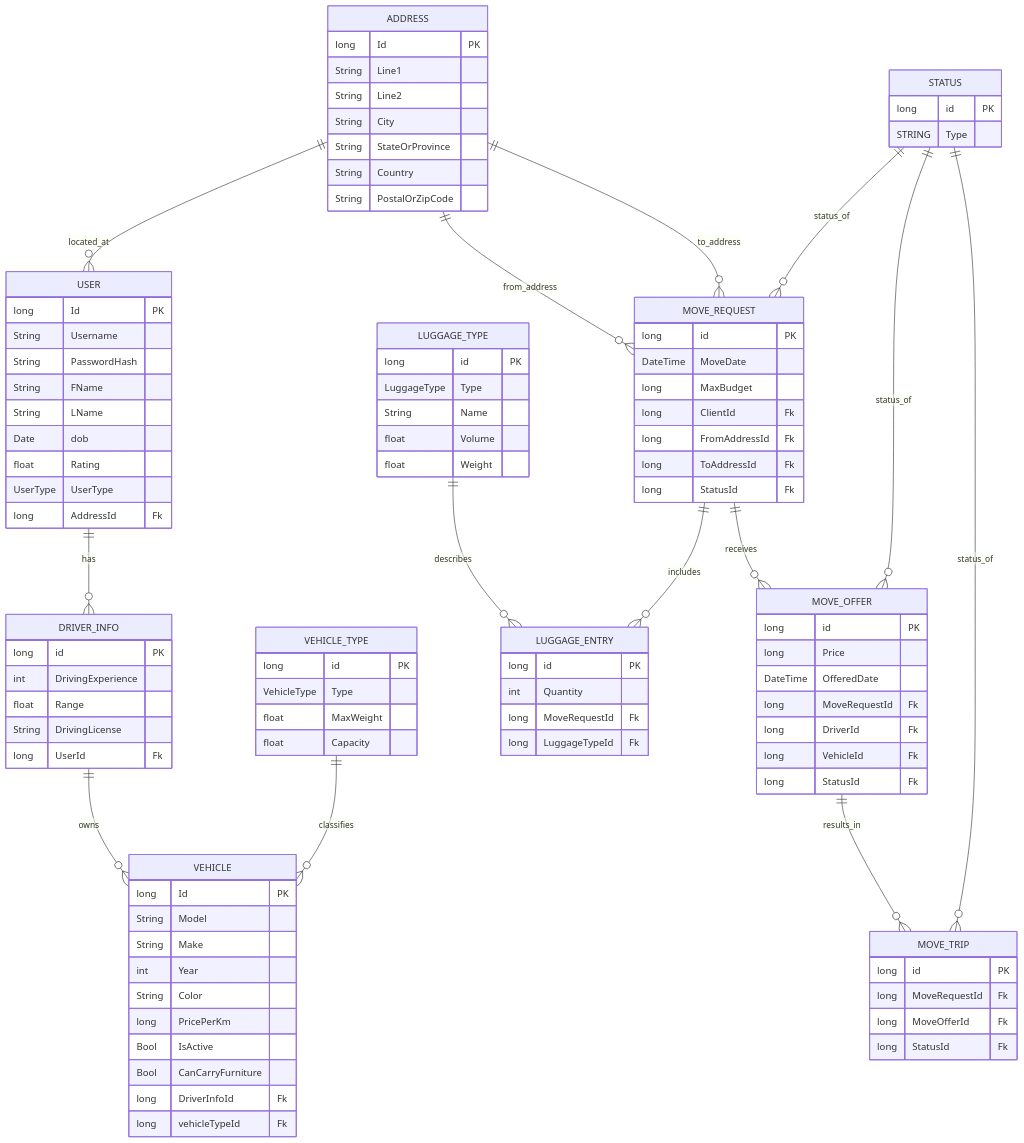
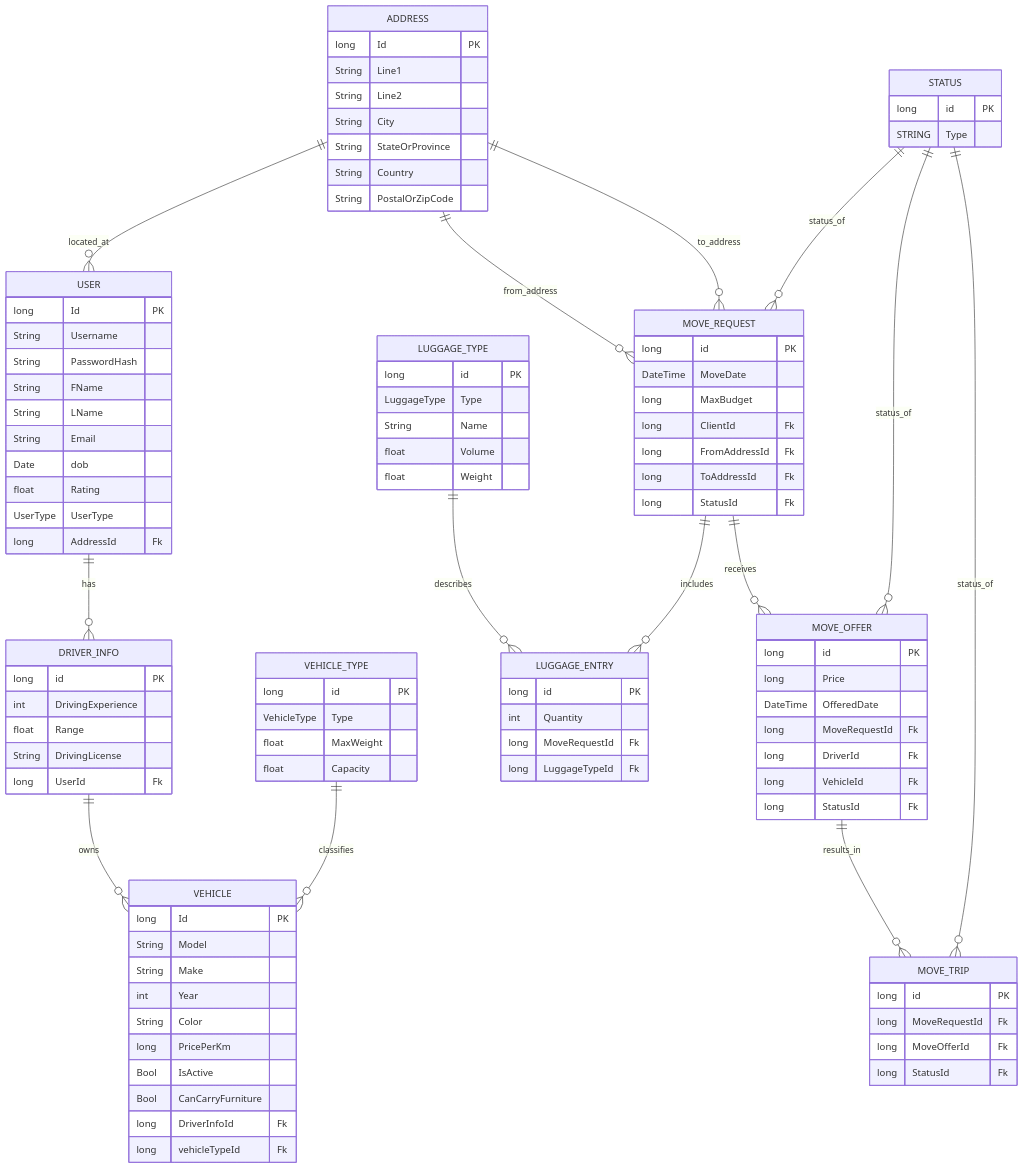
Before and after one commit to ghostp13409/SwiftMove: the diagram in Planning/ErdDiagram.md, drawn with Mermaid. The commit also changed 77 other files, not shown here.

```diff
--- a/Planning/ErdDiagram.md
+++ b/Planning/ErdDiagram.md
@@ -6,6 +6,7 @@
         String PasswordHash
         String FName
         String LName
+        String Email
         Date dob
         float Rating
         UserType UserType
```
